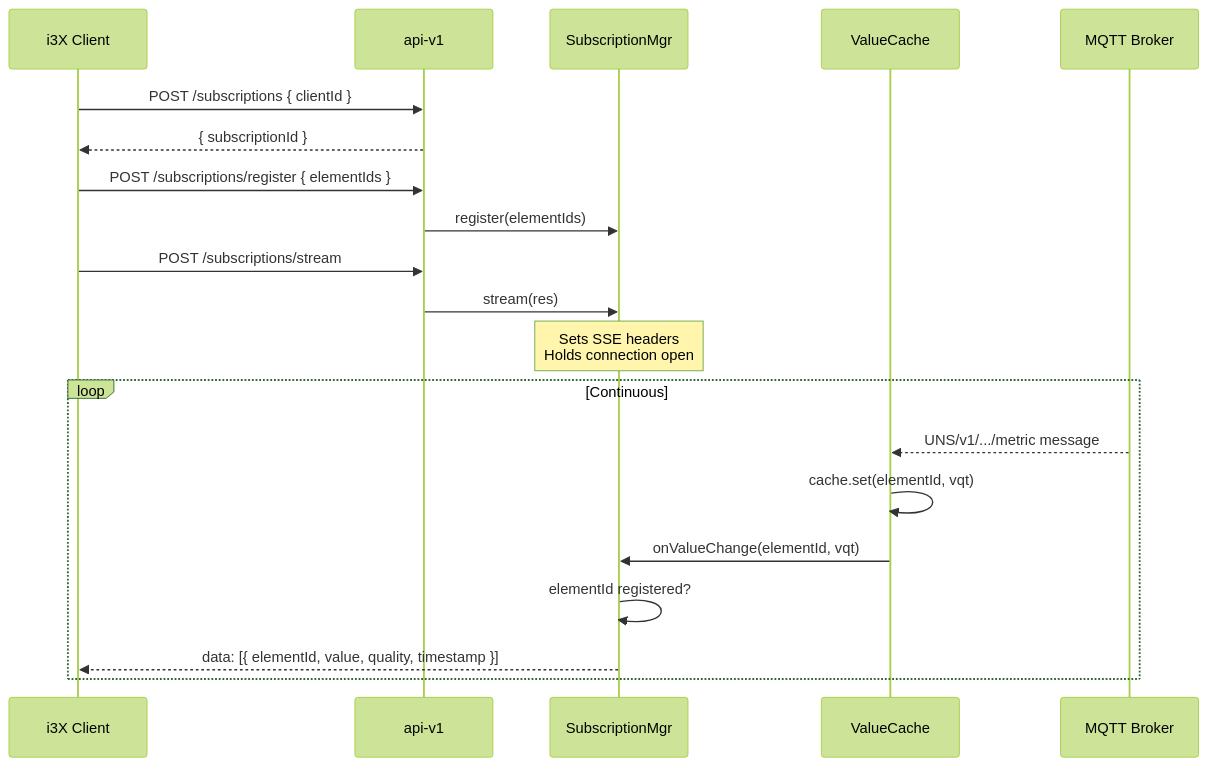
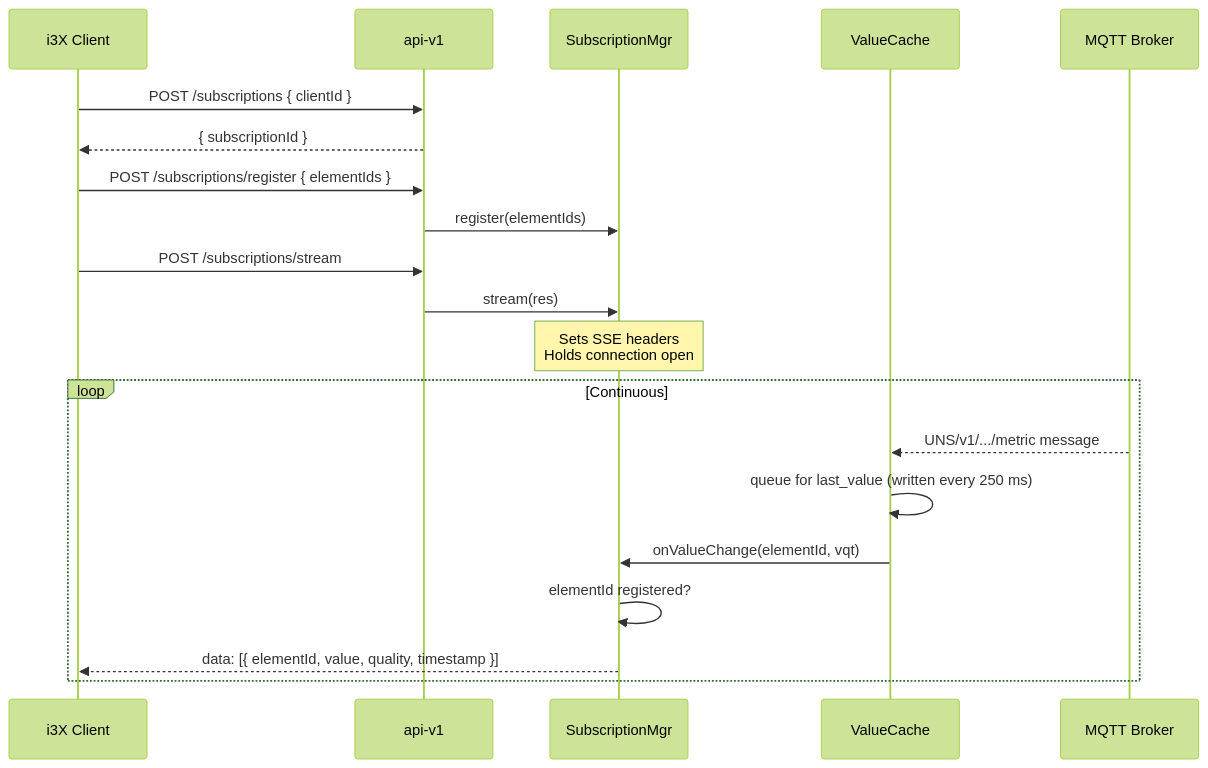
The fifth of 5 diagrams in acs-i3x/docs/architecture.md (AMRC-FactoryPlus/amrc-connectivity-stack), drawn with Mermaid (forest theme) before and after one commit. The commit also changed other lines of this file and 4 other files, not shown here.

````diff
--- a/acs-i3x/docs/architecture.md
+++ b/acs-i3x/docs/architecture.md
@@ -180,26 +191,26 @@
 ```mermaid
 sequenceDiagram
     participant Client as i3X Client
     participant API as api-v1
     participant SM as SubscriptionMgr
     participant VC as ValueCache
     participant MQTT as MQTT Broker
 
     Client->>API: POST /subscriptions { clientId }
     API-->>Client: { subscriptionId }
     
     Client->>API: POST /subscriptions/register { elementIds }
     API->>SM: register(elementIds)
     
     Client->>API: POST /subscriptions/stream
     API->>SM: stream(res)
     Note over SM: Sets SSE headers<br/>Holds connection open
     
     loop Continuous
         MQTT-->>VC: UNS/v1/.../metric message
-        VC->>VC: cache.set(elementId, vqt)
+        VC->>VC: queue for last_value (written every 250 ms)
         VC->>SM: onValueChange(elementId, vqt)
         SM->>SM: elementId registered?
         SM-->>Client: data: [{ elementId, value, quality, timestamp }]
     end
 ```
````
